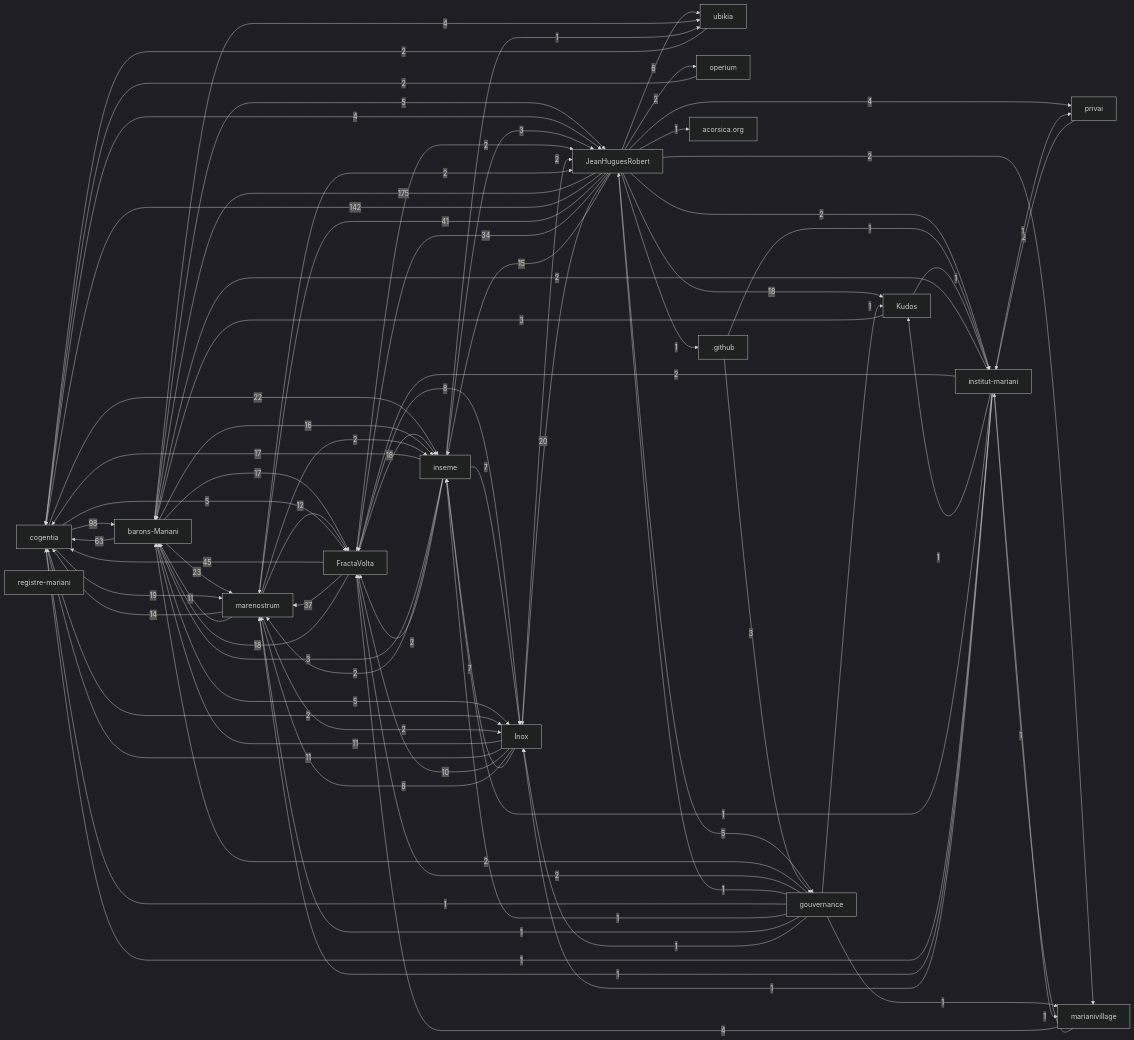
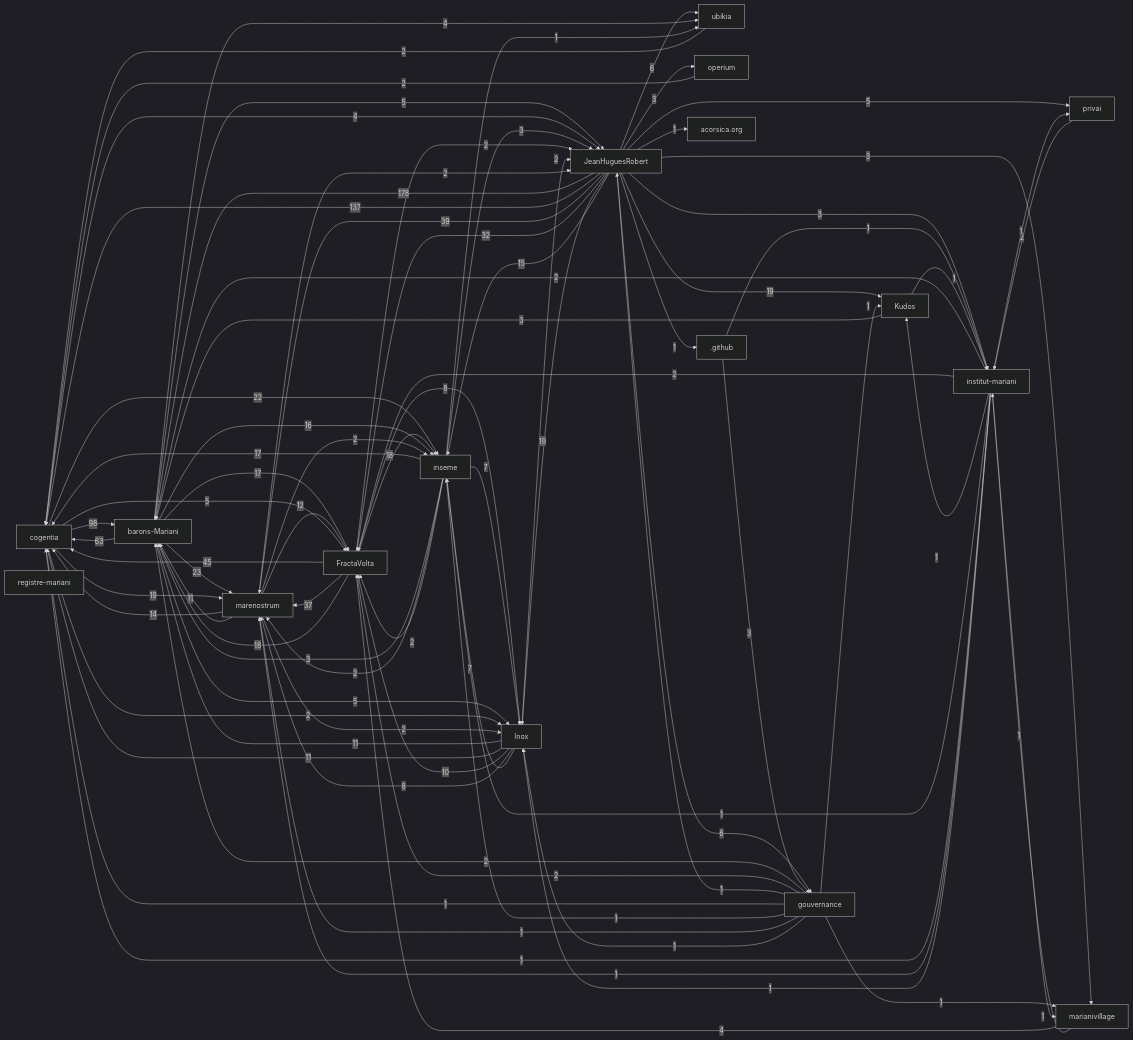
Before and after one commit to JeanHuguesRobert/FractaVolta: the first of 2 diagrams in research/corpus-status.md, drawn with Mermaid (dark theme).

Commit message:
Refresh post-push corpus status

```diff
--- a/research/corpus-status.md
+++ b/research/corpus-status.md
@@ -69,21 +69,21 @@
   r_kudos["Kudos"]
   r_github[".github"]
   r_acorsica_org["acorsica.org"]
-  r_jeanhuguesrobert -->|175| r_barons_mariani
-  r_jeanhuguesrobert -->|142| r_cogentia
+  r_jeanhuguesrobert -->|178| r_barons_mariani
+  r_jeanhuguesrobert -->|137| r_cogentia
   r_cogentia -->|98| r_barons_mariani
   r_barons_mariani -->|63| r_cogentia
   r_fractavolta -->|45| r_cogentia
-  r_jeanhuguesrobert -->|41| r_marenostrum
+  r_jeanhuguesrobert -->|39| r_marenostrum
   r_fractavolta -->|37| r_marenostrum
-  r_jeanhuguesrobert -->|34| r_fractavolta
+  r_jeanhuguesrobert -->|32| r_fractavolta
   r_barons_mariani -->|23| r_marenostrum
   r_cogentia -->|22| r_inseme
-  r_jeanhuguesrobert -->|20| r_inox
   r_cogentia -->|19| r_marenostrum
+  r_jeanhuguesrobert -->|19| r_inox
+  r_jeanhuguesrobert -->|19| r_kudos
   r_fractavolta -->|18| r_inseme
   r_fractavolta -->|18| r_barons_mariani
-  r_jeanhuguesrobert -->|18| r_kudos
   r_barons_mariani -->|17| r_fractavolta
   r_inseme -->|17| r_cogentia
   r_barons_mariani -->|16| r_inseme
@@ -98,18 +98,21 @@
   r_inox -->|8| r_marenostrum
   r_inox -->|7| r_inseme
   r_inseme -->|7| r_inox
+  r_jeanhuguesrobert -->|6| r_gouvernance
   r_jeanhuguesrobert -->|6| r_ubikia
   r_barons_mariani -->|5| r_inox
   r_barons_mariani -->|5| r_jeanhuguesrobert
   r_cogentia -->|5| r_fractavolta
-  r_jeanhuguesrobert -->|5| r_gouvernance
+  r_jeanhuguesrobert -->|5| r_privai
   r_barons_mariani -->|4| r_ubikia
   r_cogentia -->|4| r_jeanhuguesrobert
-  r_jeanhuguesrobert -->|4| r_privai
   r_marianivillage -->|4| r_fractavolta
   r_github -->|3| r_gouvernance
   r_inseme -->|3| r_barons_mariani
   r_inseme -->|3| r_jeanhuguesrobert
+  r_jeanhuguesrobert -->|3| r_institut_mariani
+  r_jeanhuguesrobert -->|3| r_marianivillage
+  r_jeanhuguesrobert -->|3| r_operium
   r_kudos -->|3| r_barons_mariani
   r_cogentia -->|2| r_inox
   r_fractavolta -->|2| r_jeanhuguesrobert
@@ -120,9 +123,6 @@
   r_inseme -->|2| r_fractavolta
   r_institut_mariani -->|2| r_barons_mariani
   r_institut_mariani -->|2| r_fractavolta
-  r_jeanhuguesrobert -->|2| r_operium
-  r_jeanhuguesrobert -->|2| r_institut_mariani
-  r_jeanhuguesrobert -->|2| r_marianivillage
   r_marenostrum -->|2| r_jeanhuguesrobert
   r_marenostrum -->|2| r_inseme
   r_marenostrum -->|2| r_inox
```
